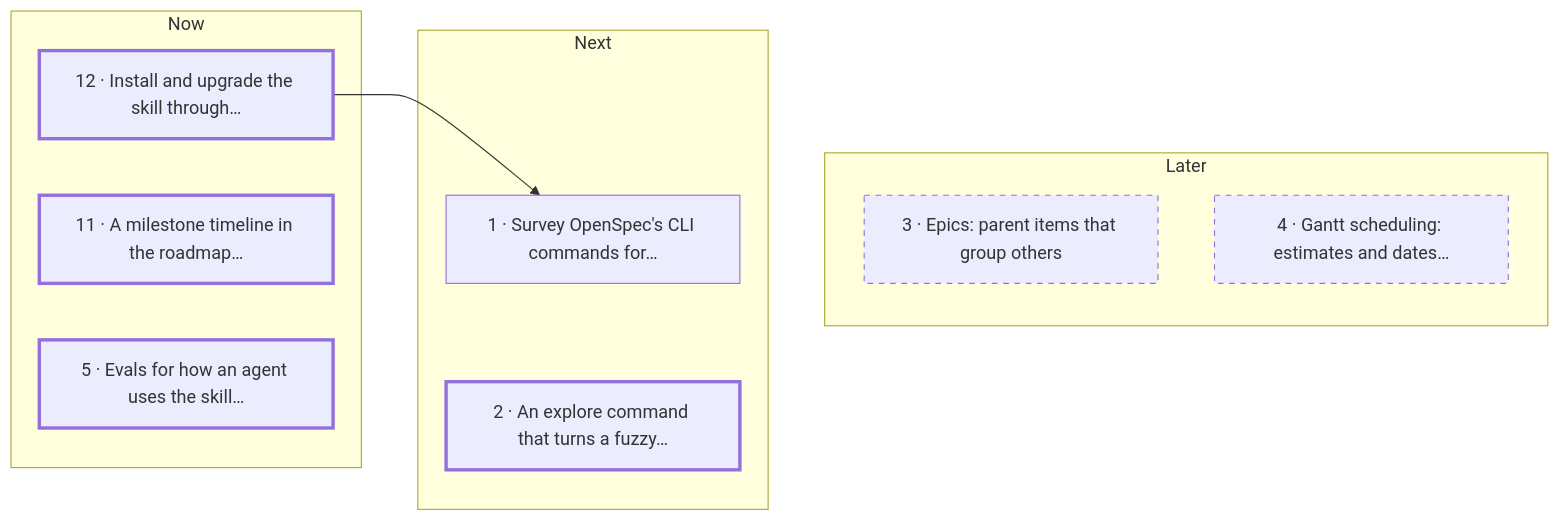
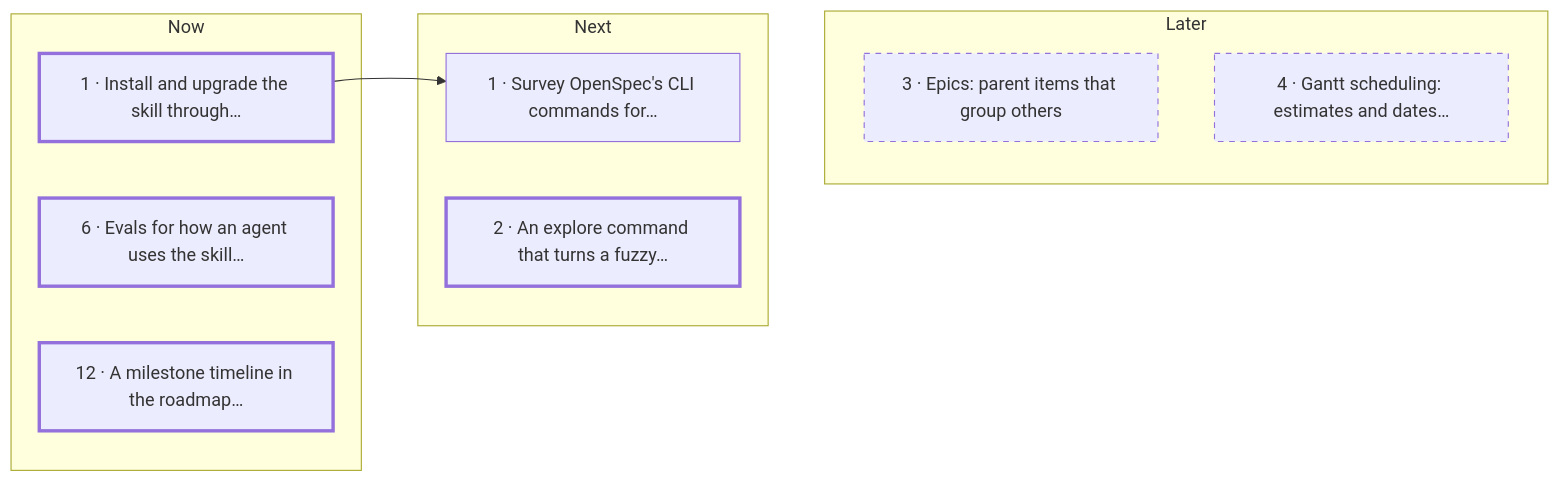
One commit to carby/simple-agentic-roadmap-skill changed the diagram in roadmap/README.md. Above: the diagram before and after it, drawn with Mermaid. The commit also changed other lines of this file and 3 other files, not shown here.

Commit message:
docs(roadmap): rank npm-installer first in now

````diff
--- a/roadmap/README.md
+++ b/roadmap/README.md
@@ -42,22 +42,22 @@
 ```mermaid
 flowchart LR
   subgraph b_now ["Now"]
-    i_agent_behaviour_evals["5 · Evals for how an agent uses the skill…"]
-    i_milestone_timeline["11 · A milestone timeline in the roadmap…"]
-    i_npm_installer["12 · Install and upgrade the skill through…"]
+    i_npm_installer["1 · Install and upgrade the skill through…"]
+    i_agent_behaviour_evals["6 · Evals for how an agent uses the skill…"]
+    i_milestone_timeline["12 · A milestone timeline in the roadmap…"]
   end
   subgraph b_next ["Next"]
     i_openspec_command_parity["1 · Survey OpenSpec's CLI commands for…"]
     i_explore_command["2 · An explore command that turns a fuzzy…"]
   end
   subgraph b_later ["Later"]
     i_epics["3 · Epics: parent items that group others"]
     i_gantt_scheduling["4 · Gantt scheduling: estimates and dates…"]
   end
   b_now ~~~ b_next ~~~ b_later
   i_npm_installer --> i_openspec_command_parity
   classDef ready stroke-width: 3px
-  class i_agent_behaviour_evals,i_milestone_timeline,i_npm_installer,i_explore_command ready
+  class i_npm_installer,i_agent_behaviour_evals,i_milestone_timeline,i_explore_command ready
   classDef later stroke-dasharray: 5 5
   class i_epics,i_gantt_scheduling later
 ```
````
